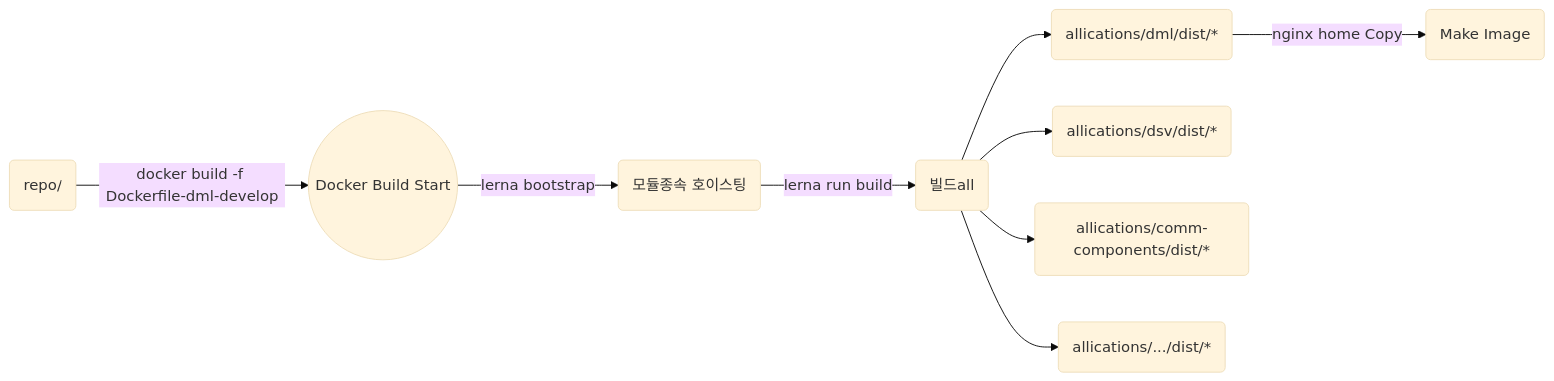
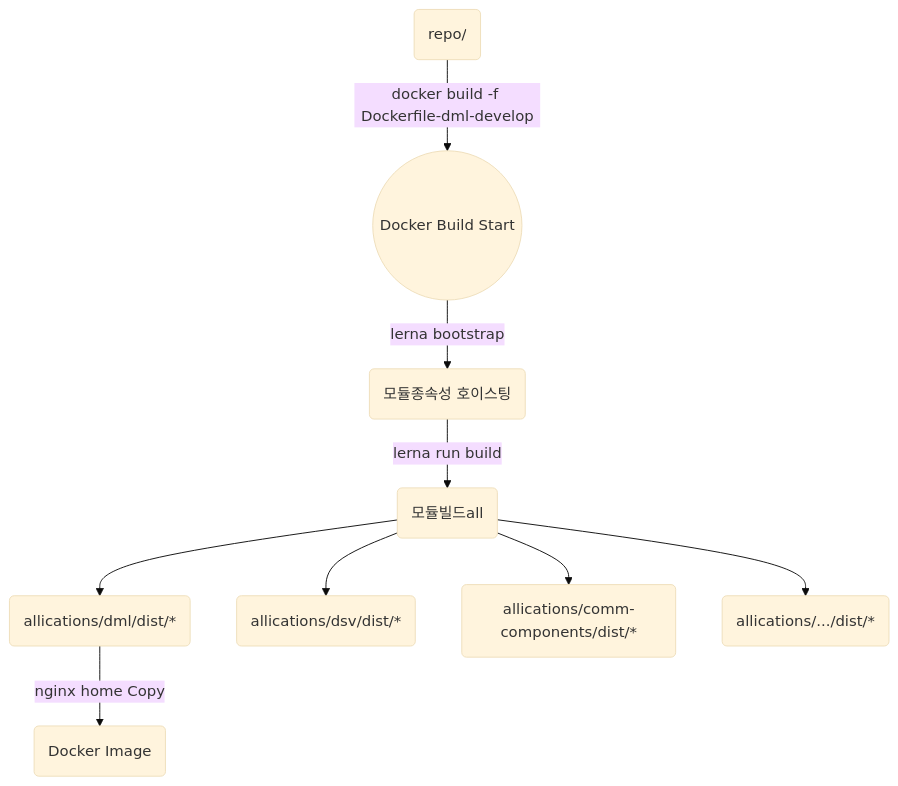
One commit to Shin-Beomchul/mono changed the second of 2 diagrams in README.md. Above: the diagram before and after it, drawn with Mermaid (base theme). The commit also changed other lines of this file, not shown here.

````diff
--- a/README.md
+++ b/README.md
@@ -71,10 +71,10 @@
 ```mermaid
-graph LR
+graph TB
 A(repo/) --docker build -f Dockerfile-dml-develop --> B((Docker Build Start)) 
-B --lerna bootstrap--> C(모듈종속 호이스팅) --lerna run build--> ALL(빌드all) 
+B --lerna bootstrap--> C(모듈종속성 호이스팅) --lerna run build--> ALL(모듈빌드all) 
 ALL --> D1(allications/dml/dist/*)
 ALL --> D2(allications/dsv/dist/*)
 ALL --> D3(allications/comm-components/dist/*)
 ALL --> DX(allications/.../dist/*)
-D1 --nginx home Copy-->E(Make Image)
+D1 --nginx home Copy-->E(Docker Image)
 ```
````
